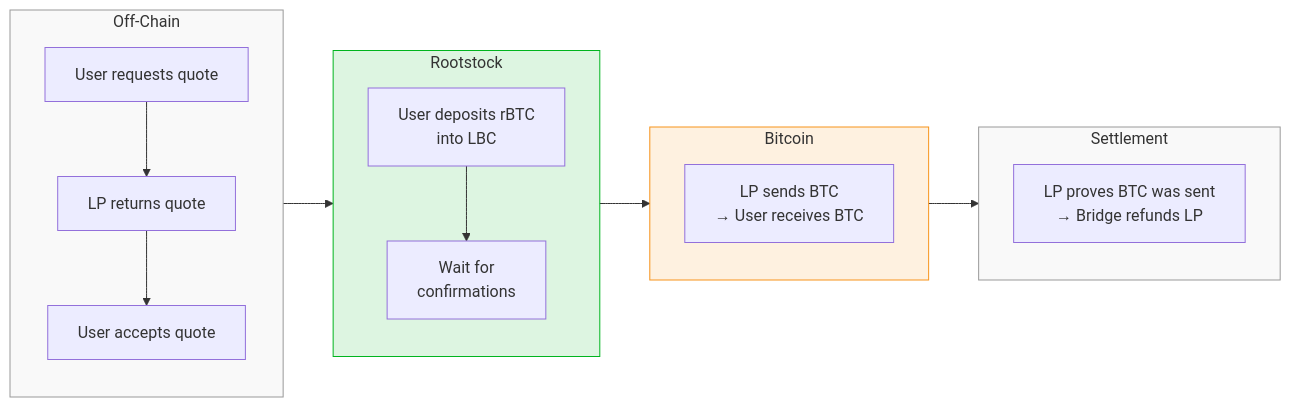
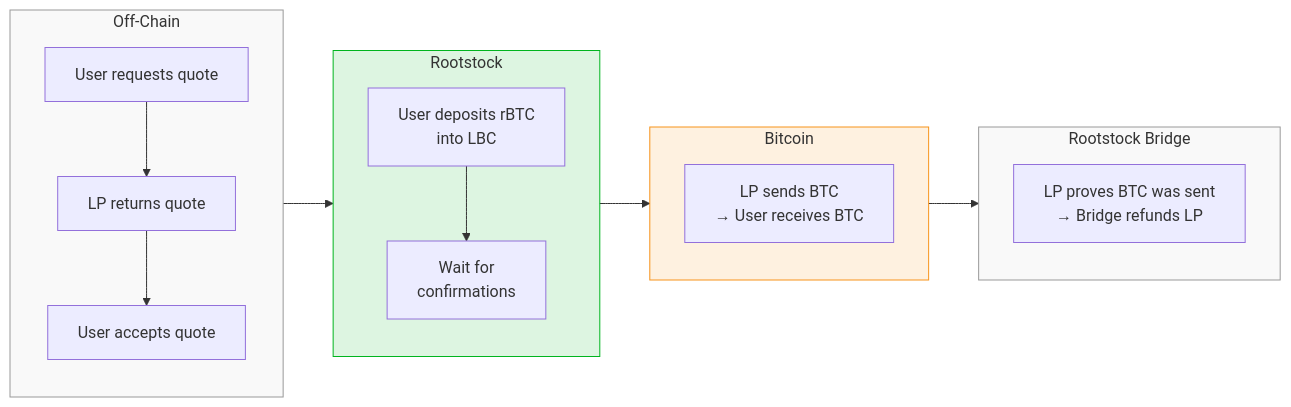
Before and after one commit to rsksmart/liquidity-provider-server: the third of 4 diagrams in docs/Overview.md, drawn with Mermaid. The commit also changed other lines of this file, not shown here.

````diff
--- a/docs/Overview.md
+++ b/docs/Overview.md
@@ -114,27 +115,27 @@
 ```mermaid
 flowchart LR
     subgraph off["Off-Chain"]
         A["User requests quote"] --> B["LP returns quote"]
         B --> C["User accepts quote"]
     end
 
     subgraph rsk["Rootstock"]
-        D["User deposits rBTC\ninto LBC"]
-        D --> E["Wait for\nconfirmations"]
+        D["User deposits rBTC<br>into LBC"]
+        D --> E["Wait for<br>confirmations"]
     end
 
     subgraph btc["Bitcoin"]
-        F["LP sends BTC\n→ User receives BTC"]
+        F["LP sends BTC<br>→ User receives BTC"]
     end
 
-    subgraph settle["Settlement"]
-        G["LP proves BTC was sent\n→ Bridge refunds LP"]
+    subgraph settle["Rootstock Bridge"]
+        G["LP proves BTC was sent<br>→ Bridge refunds LP"]
     end
 
     off --> rsk --> btc --> settle
 
     style off fill:#f9f9f9,stroke:#999
     style rsk fill:#00b41e22,stroke:#00b41e
     style btc fill:#f7931a22,stroke:#f7931a
     style settle fill:#f9f9f9,stroke:#999
 ```
````
